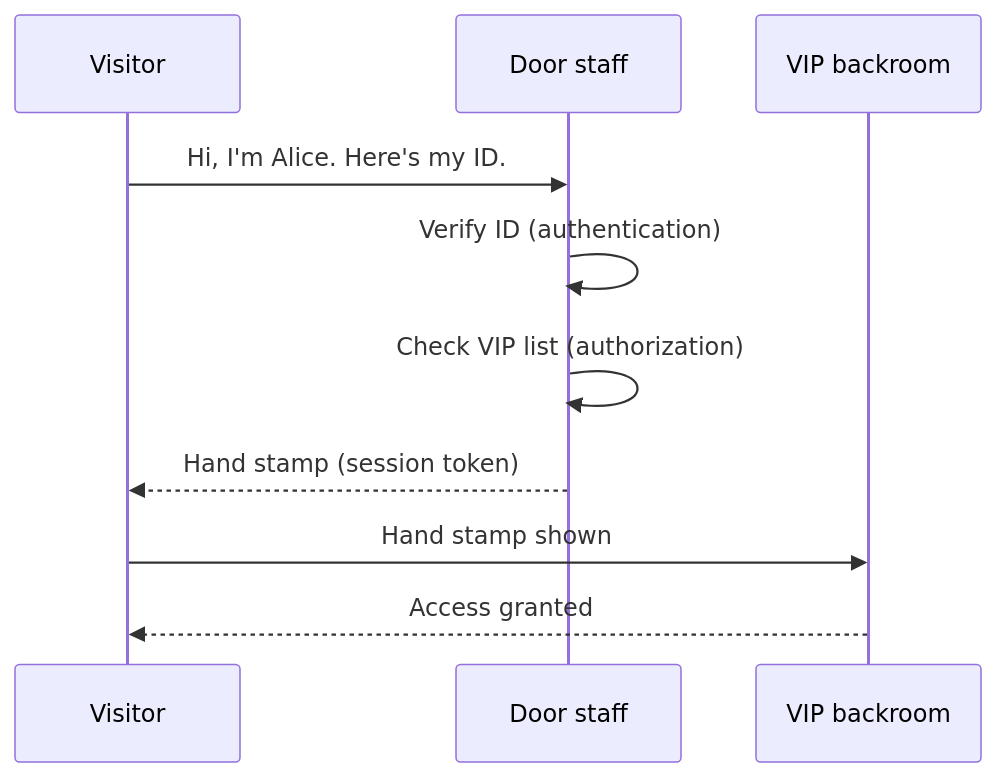
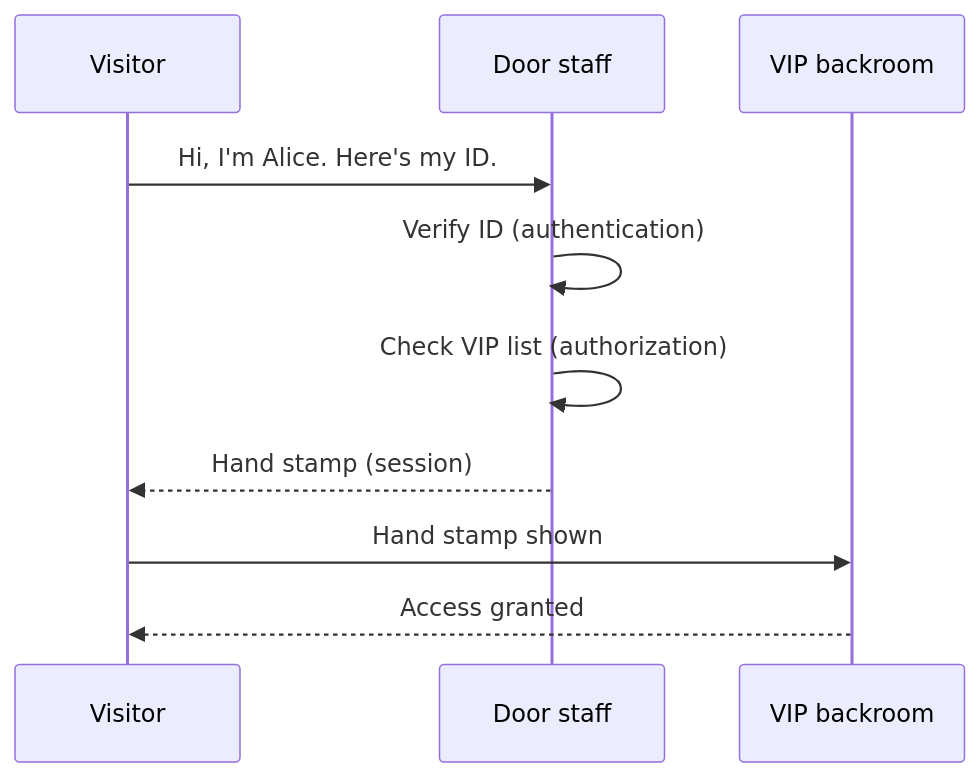
The second of 2 diagrams in modules/01-mental-models/03-who-can-do-what.md (Khrafts/ship-your-first-thing), drawn with Mermaid before and after one commit. The commit also changed other lines of this file and 165 other files, not shown here.

````diff
--- a/modules/01-mental-models/03-who-can-do-what.md
+++ b/modules/01-mental-models/03-who-can-do-what.md
@@ -61,12 +53,12 @@
 ```mermaid
 sequenceDiagram
   participant Visitor
   participant Door as Door staff
   participant Backroom as VIP backroom
   Visitor->>Door: Hi, I'm Alice. Here's my ID.
   Door->>Door: Verify ID (authentication)
   Door->>Door: Check VIP list (authorization)
-  Door-->>Visitor: Hand stamp (session token)
+  Door-->>Visitor: Hand stamp (session)
   Visitor->>Backroom: Hand stamp shown
   Backroom-->>Visitor: Access granted
 ```
````
